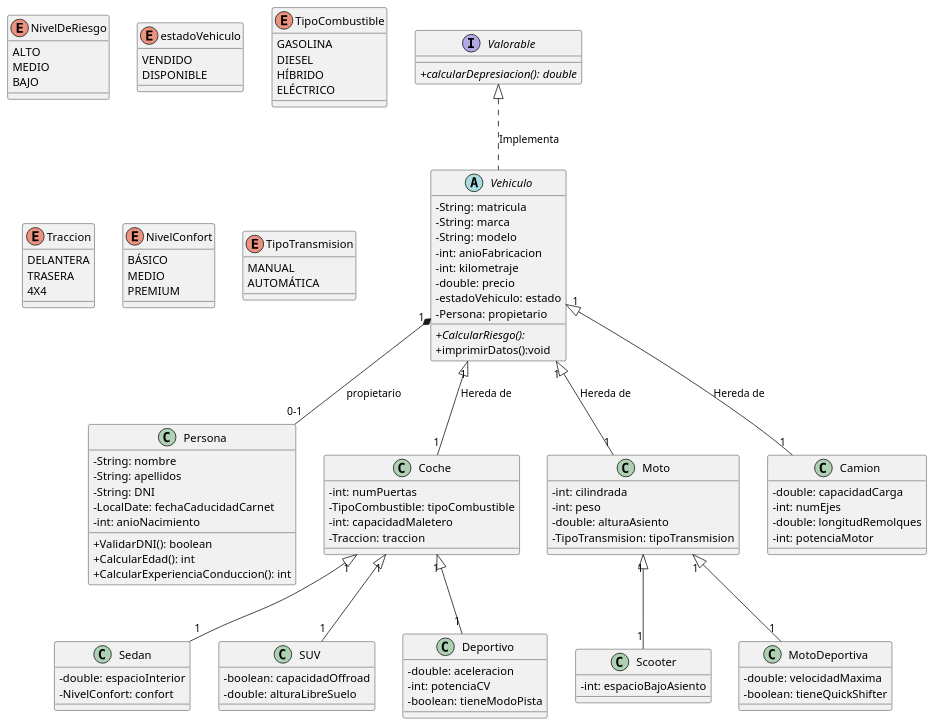
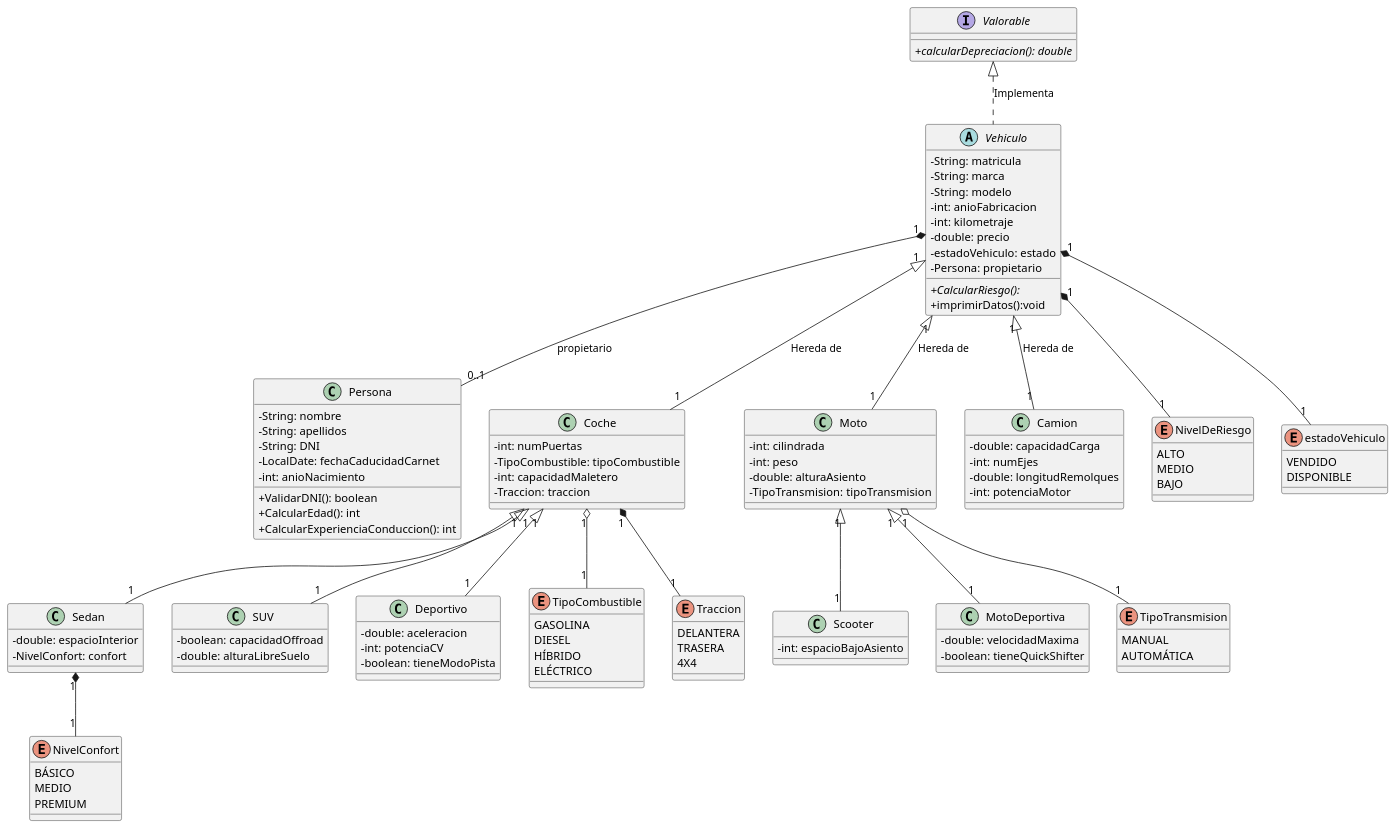
Before and after one commit to JuanDiego643/UT5_ED_Prog: the diagram in uml/Vehiculo.puml, drawn with PlantUML.

Commit message:
Cuarto commit. Relación de enums y cardinalidades + correción de errores de sintaxis

```diff
--- a/uml/Vehiculo.puml
+++ b/uml/Vehiculo.puml
@@ -1,126 +1,130 @@
 @startuml
  skinparam classAttributeIconSize 0
 
  class Persona {
     - String: nombre
     - String: apellidos
     - String: DNI
     - LocalDate: fechaCaducidadCarnet
     - int: anioNacimiento
     +ValidarDNI(): boolean
     +CalcularEdad(): int
     +CalcularExperienciaConduccion(): int
  }
 abstract class Vehiculo {
    - String: matricula
    - String: marca
    - String: modelo
    - int: anioFabricacion
    - int: kilometraje
    - double: precio
    - estadoVehiculo: estado
    - Persona: propietario
 
     +{abstract}CalcularRiesgo():
     +imprimirDatos():void
 }
 Vehiculo "1" <|-- "1" Coche: Hereda de
 Vehiculo "1" <|-- "1" Moto: Hereda de
 Vehiculo "1" <|-- "1" Camion: Hereda de
-Vehiculo "1" *-- "0-1" Persona : propietario
-
-
+Vehiculo "1" *-- "0..1" Persona : propietario
 
 class Coche {
    - int: numPuertas
    - TipoCombustible: tipoCombustible
    - int: capacidadMaletero
    - Traccion: traccion
 }
 Coche"1" <|--"1" Sedan
 Coche"1" <|--"1" SUV
 Coche"1" <|--"1" Deportivo
 
 class Sedan {
    - double: espacioInterior
    - NivelConfort: confort
 }
 
 
 class SUV {
    - boolean: capacidadOffroad
    - double: alturaLibreSuelo
 }
 
 class Deportivo {
    - double: aceleracion
    - int: potenciaCV
    - boolean: tieneModoPista
 }
 
 class Moto{
    - int: cilindrada
    - int: peso
    - double: alturaAsiento
    - TipoTransmision: tipoTransmision
 }
 Moto"1" <|--"1" Scooter
 Moto"1" <|--"1" MotoDeportiva
 
 class Scooter{
    - int: espacioBajoAsiento
 }
 
 class MotoDeportiva {
    - double: velocidadMaxima
    - boolean: tieneQuickShifter
 }
 
 class Camion {
    - double: capacidadCarga
    - int: numEjes
    - double: longitudRemolques
    - int: potenciaMotor
 }
 
 enum NivelDeRiesgo {
     ALTO
     MEDIO
     BAJO
 }
+Vehiculo "1" *-- "1" NivelDeRiesgo
 
 enum estadoVehiculo {
 VENDIDO
 DISPONIBLE
 }
+Vehiculo "1" *-- "1" estadoVehiculo
 
 enum TipoCombustible {
     GASOLINA
     DIESEL
     HÍBRIDO
     ELÉCTRICO
 }
+Coche "1" o-- "1" TipoCombustible
+
 
 enum Traccion {
     DELANTERA
     TRASERA
     4X4
 }
+Coche "1" *-- "1" Traccion
 
 enum NivelConfort {
     BÁSICO
     MEDIO
     PREMIUM
 }
-
+Sedan "1" *-- "1" NivelConfort
 enum TipoTransmision {
     MANUAL
     AUTOMÁTICA
 }
+Moto "1" o-- "1"TipoTransmision
 
 
 interface Valorable {
-+{abstract} calcularDepresiacion(): double
++{abstract} calcularDepreciacion(): double
 }
 Valorable <|.. Vehiculo: Implementa
 @enduml
```
